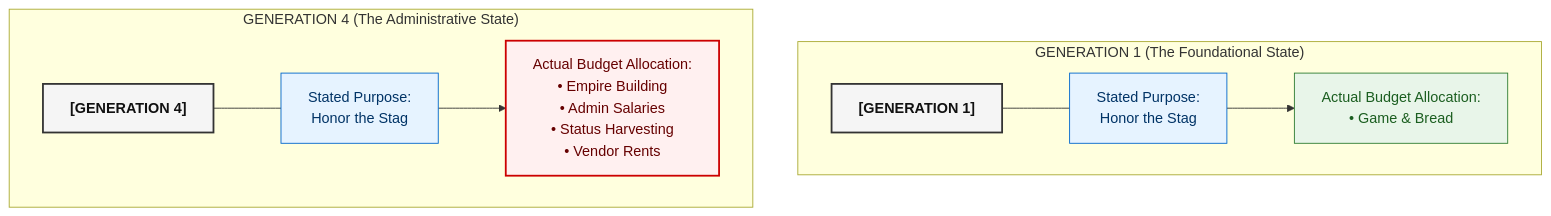
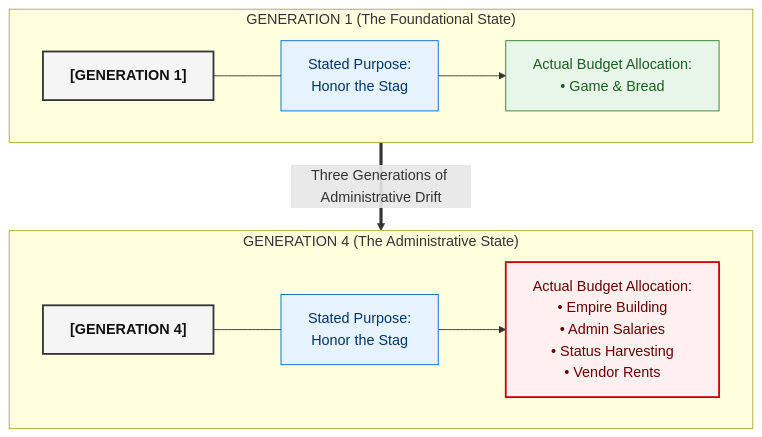
The seventh of 8 diagrams in papers/dual-masters-problem.md (maldfrey/whitepapers), drawn with Mermaid before and after one commit.

````diff
--- a/papers/dual-masters-problem.md
+++ b/papers/dual-masters-problem.md
@@ -309,32 +309,35 @@
 ```mermaid
 graph TD
     %% Style Definitions
     classDef genTitle fill:#f5f5f5,stroke:#333,stroke-width:2px,font-weight:bold,color:#111;
     classDef stated fill:#e6f3ff,stroke:#0066cc,stroke-width:1px,color:#003366;
     classDef actualG1 fill:#e8f5e9,stroke:#2e7d32,stroke-width:1px,color:#1b5e20;
     classDef actualG4 fill:#fff0f0,stroke:#cc0000,stroke-width:2px,color:#660000;
 
     subgraph GEN1 ["GENERATION 1 (The Foundational State)"]
         G1_TITLE["[GENERATION 1]"]
         G1_STATED["Stated Purpose:<br>Honor the Stag"]
         G1_ACTUAL["Actual Budget Allocation:<br>• Game & Bread"]
         
         G1_TITLE --- G1_STATED
         G1_STATED --> G1_ACTUAL
     end
 
     subgraph GEN4 ["GENERATION 4 (The Administrative State)"]
         G4_TITLE["[GENERATION 4]"]
         G4_STATED["Stated Purpose:<br>Honor the Stag"]
         G4_ACTUAL["Actual Budget Allocation:<br>• Empire Building<br>• Admin Salaries<br>• Status Harvesting<br>• Vendor Rents"]
         
         G4_TITLE --- G4_STATED
         G4_STATED --> G4_ACTUAL
     end
 
+    %% Force Vertical Chronological Order
+    GEN1 ==>|Three Generations of Administrative Drift| GEN4
+
     %% Style Assignments
     class G1_TITLE,G4_TITLE genTitle;
     class G1_STATED,G4_STATED stated;
     class G1_ACTUAL actualG1;
     class G4_ACTUAL actualG4;
 ```
````
